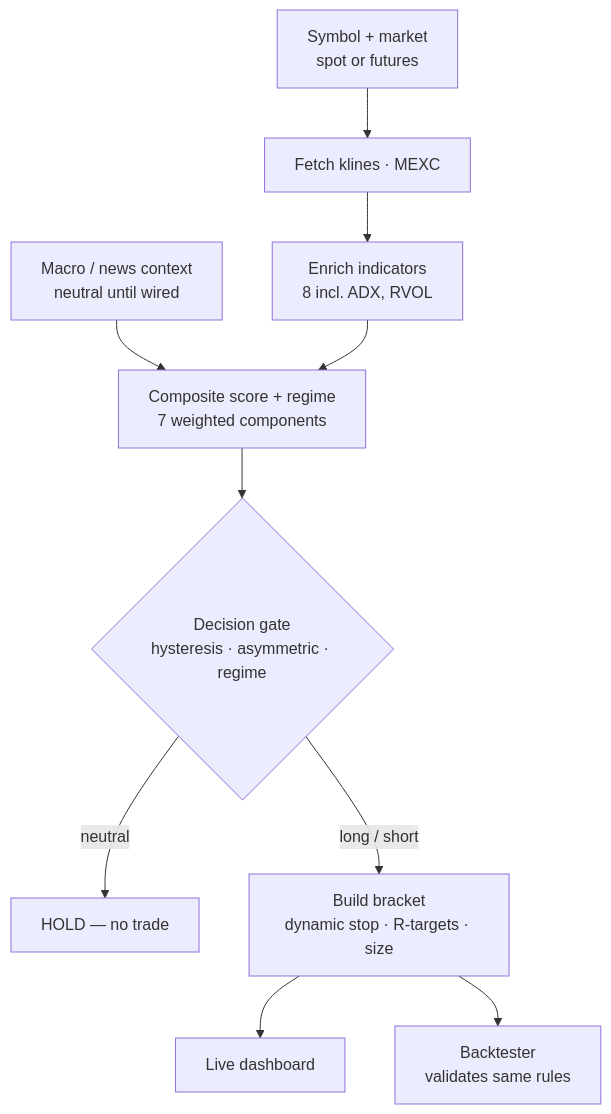
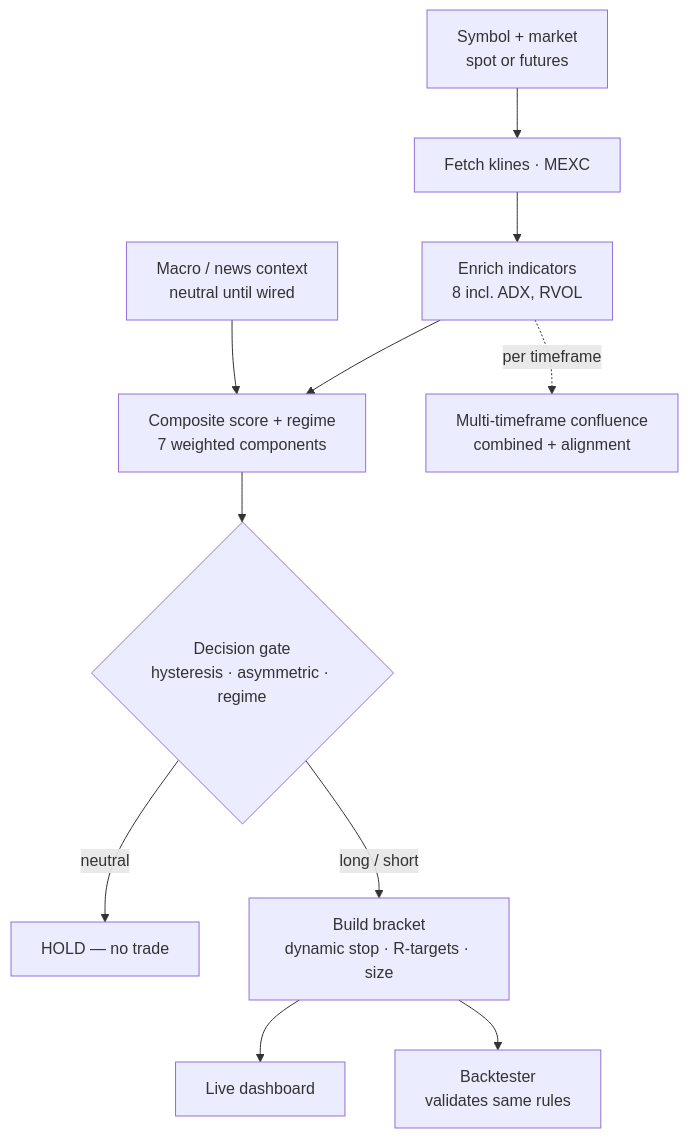
One commit to virangaj/market-analyzer-api changed the diagram in README.md. Above: the diagram before and after it, drawn with Mermaid. The commit also changed other lines of this file and 7 other files, not shown here.

````diff
--- a/README.md
+++ b/README.md
@@ -19,12 +19,13 @@
 ```mermaid
 flowchart TD
     A[Symbol + market<br/>spot or futures] --> B[Fetch klines · MEXC]
     B --> C[Enrich indicators<br/>8 incl. ADX, RVOL]
     M[Macro / news context<br/>neutral until wired] --> D
     C --> D[Composite score + regime<br/>7 weighted components]
     D --> E{Decision gate<br/>hysteresis · asymmetric · regime}
     E -->|neutral| H[HOLD — no trade]
     E -->|long / short| F[Build bracket<br/>dynamic stop · R-targets · size]
     F --> G1[Live dashboard]
     F --> G2[Backtester<br/>validates same rules]
+    C -.per timeframe.-> T[Multi-timeframe confluence<br/>combined + alignment]
 ```
````
